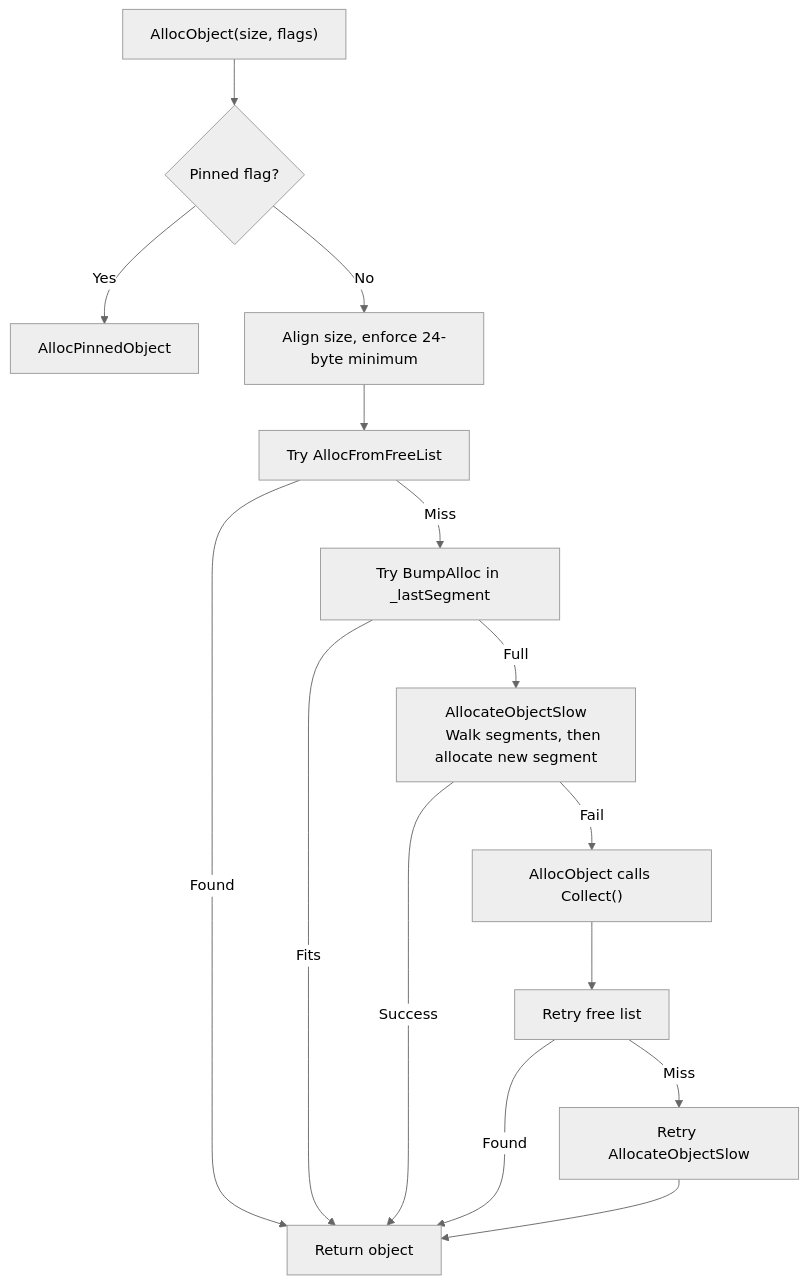
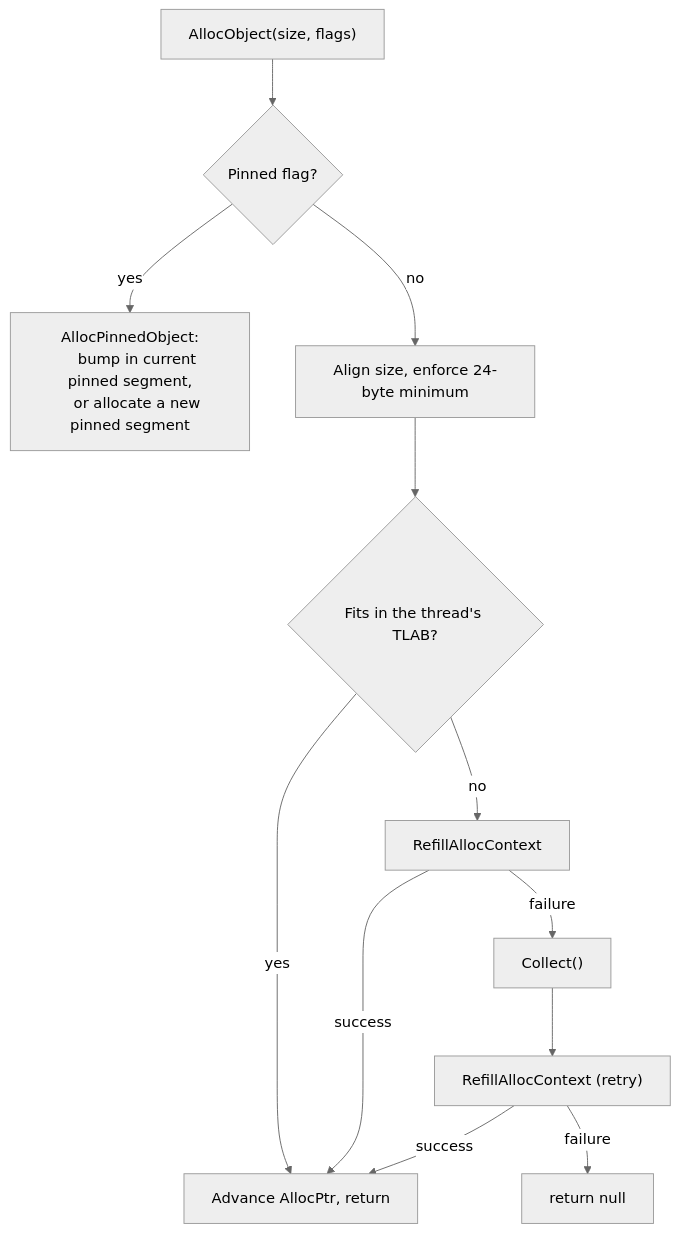
The sixth of 8 diagrams in docs/articles/dev/garbage-collector.md (valentinbreiz/nativeaot-patcher), drawn with Mermaid (neutral theme) before and after one commit. The commit also changed other lines of this file and 2 other files, not shown here.

First line of the commit message:
📝 Docs: rewrite the GC articles around the current OrionGC code

````diff
--- a/docs/articles/dev/garbage-collector.md
+++ b/docs/articles/dev/garbage-collector.md
@@ -246,18 +228,16 @@
 ```mermaid
 flowchart TD
     REQ["AllocObject(size, flags)"] --> PINNED{Pinned flag?}
-    PINNED -->|Yes| PIN_ALLOC[AllocPinnedObject]
-    PINNED -->|No| ALIGN[Align size, enforce 24-byte minimum]
-    ALIGN --> FL[Try AllocFromFreeList]
-    FL -->|Found| RET[Return object]
-    FL -->|Miss| BUMP["Try BumpAlloc in _lastSegment"]
-    BUMP -->|Fits| RET
-    BUMP -->|Full| SLOW["AllocateObjectSlow
-    Walk segments, then allocate new segment"]
-    SLOW -->|Success| RET
-    SLOW -->|Fail| GC["AllocObject calls Collect()"]
-    GC --> FL2[Retry free list]
-    FL2 -->|Found| RET
-    FL2 -->|Miss| SLOW2[Retry AllocateObjectSlow]
-    SLOW2 --> RET
+    PINNED -->|yes| PIN["AllocPinnedObject:
+    bump in current pinned segment,
+    or allocate a new pinned segment"]
+    PINNED -->|no| ALIGN["Align size, enforce 24-byte minimum"]
+    ALIGN --> TLAB{"Fits in the thread's TLAB?"}
+    TLAB -->|yes| RET["Advance AllocPtr, return"]
+    TLAB -->|no| REFILL["RefillAllocContext"]
+    REFILL -->|success| RET
+    REFILL -->|failure| GC["Collect()"]
+    GC --> REFILL2["RefillAllocContext (retry)"]
+    REFILL2 -->|success| RET
+    REFILL2 -->|failure| NULL["return null"]
 ```
````
